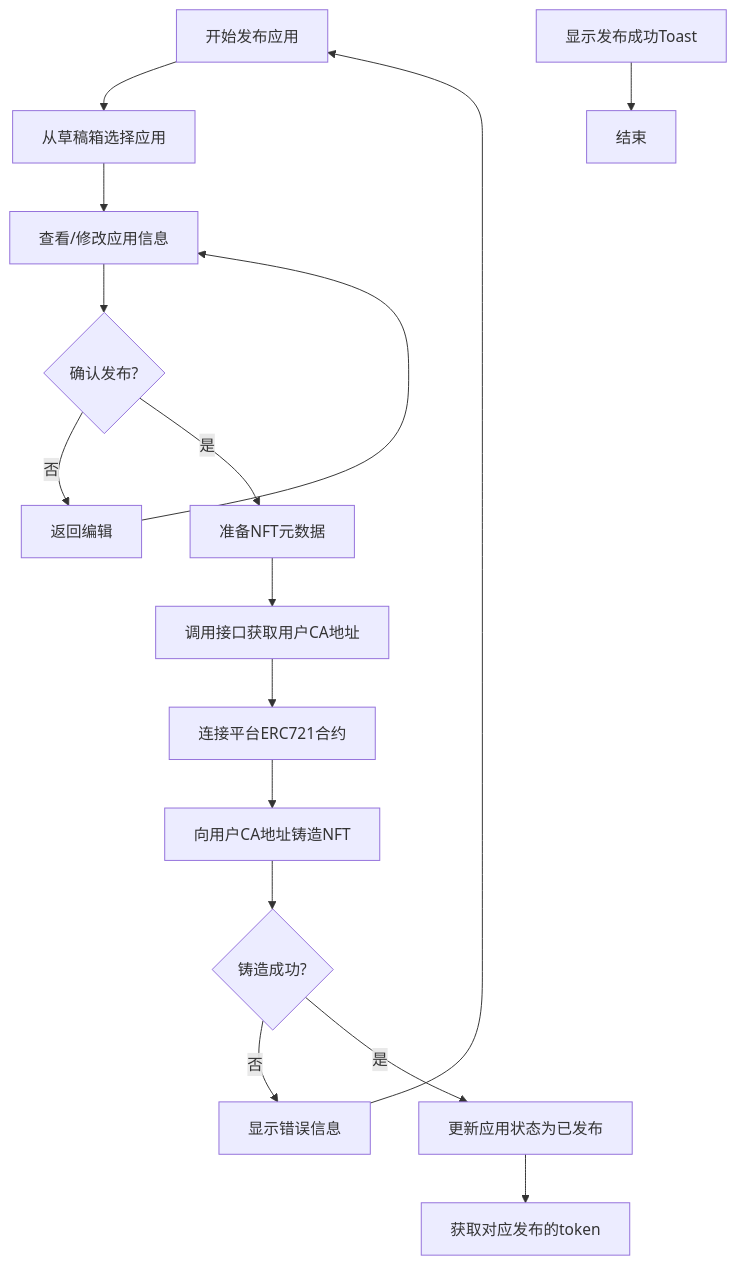
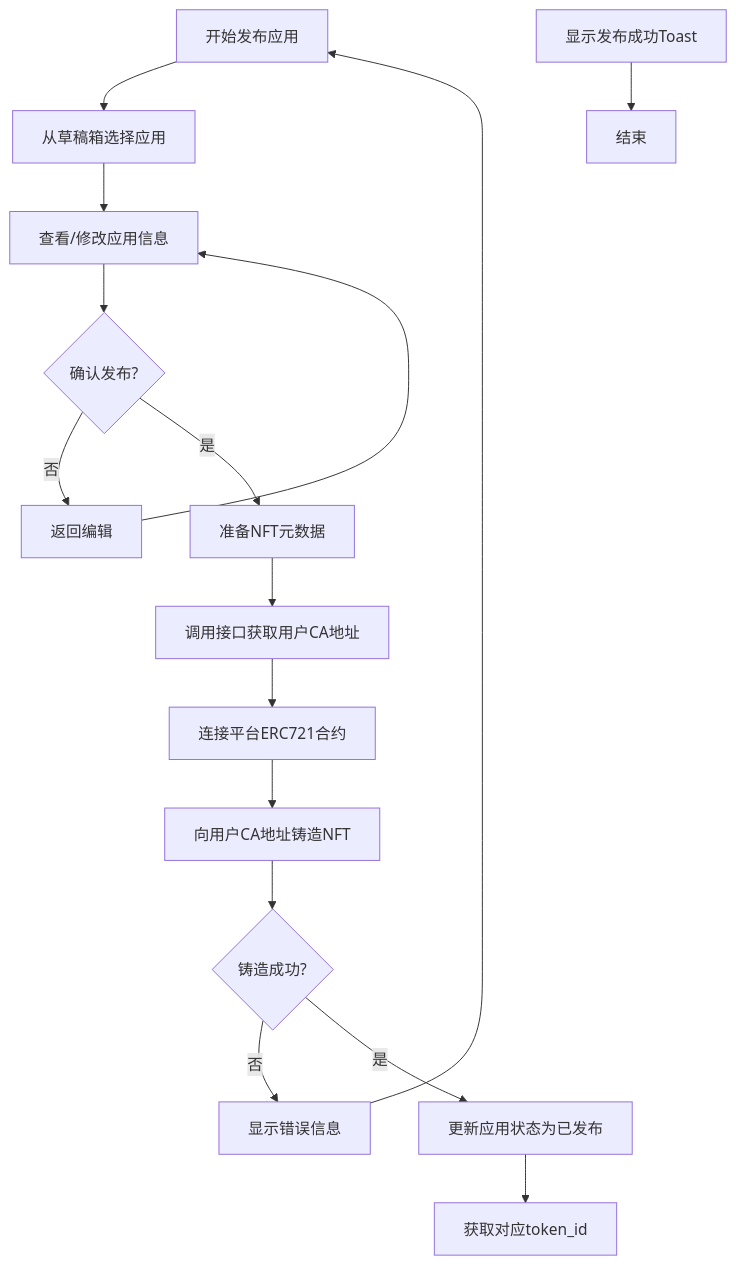
One commit to yingjianzh/iodraw-files changed the diagram in all/未命名-66.md. Above: the diagram before and after it, drawn with Mermaid.

Commit message:
2025-05-27 11:25:16 update

````diff
--- a/all/未命名-66.md
+++ b/all/未命名-66.md
@@ -1,21 +1,21 @@
 ```mermaid
 
 flowchart TD
     A[开始发布应用] --> B[从草稿箱选择应用]
     B --> C[查看/修改应用信息]
     C --> D{确认发布?}
     D -->|否| E[返回编辑]
     E --> C
     D -->|是| F[准备NFT元数据]
     F --> G[调用接口获取用户CA地址]
     G --> H[连接平台ERC721合约]
     H --> I[向用户CA地址铸造NFT]
     I --> J{铸造成功?}
     J -->|否| K[显示错误信息]
     K --> A
     J -->|是| L[更新应用状态为已发布]
-    L --> M[获取对应发布的token]
+    L --> M[获取对应token_id]
     O[显示发布成功Toast]
     O --> P[结束]
 
 ```
````
